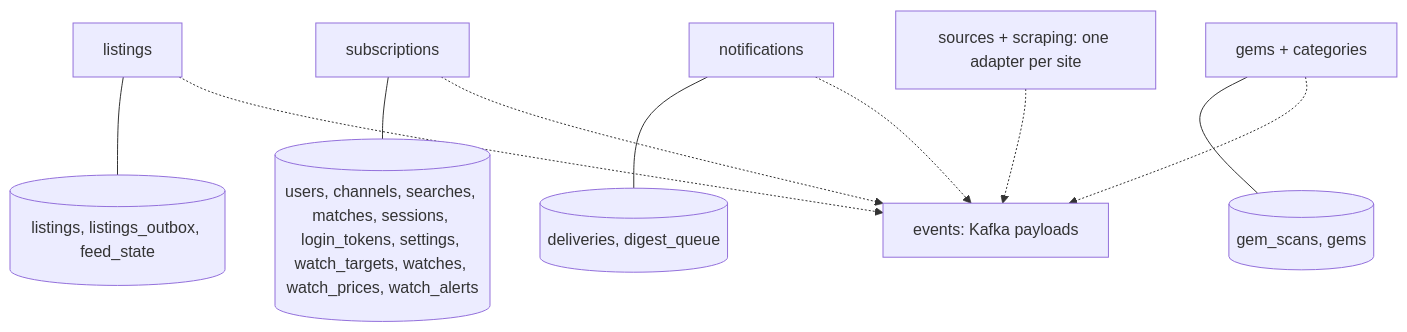
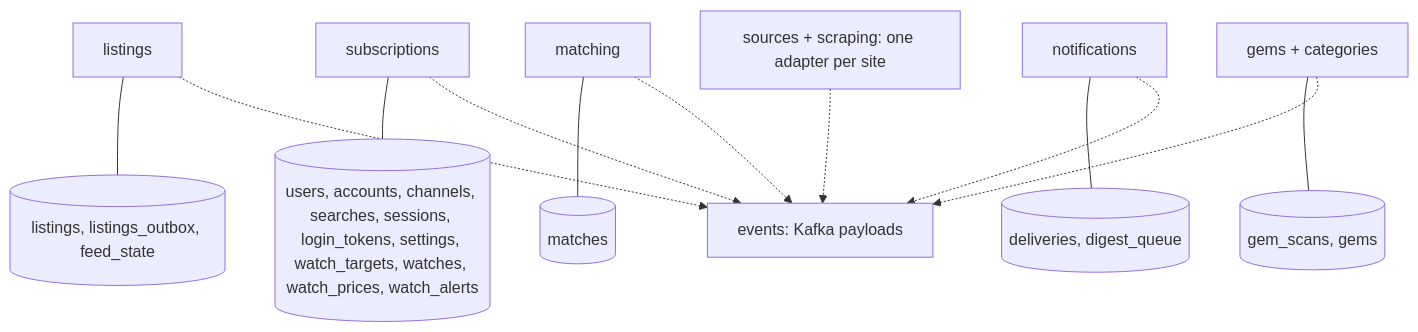
The fourth of 6 diagrams in docs/architecture.md (A1nar-S/ad-monitor), drawn with Mermaid before and after one commit. The commit also changed other lines of this file and 69 other files, not shown here.

````diff
--- a/docs/architecture.md
+++ b/docs/architecture.md
@@ -98,11 +107,12 @@
 ```mermaid
 flowchart TB
     events[events: Kafka payloads]
     listings[listings] --- t1[(listings, listings_outbox, feed_state)]
-    subs[subscriptions] --- t2[(users, channels, searches, matches, sessions, login_tokens, settings, watch_targets, watches, watch_prices, watch_alerts)]
+    subs[subscriptions] --- t2[(users, accounts, channels, searches, sessions, login_tokens, settings, watch_targets, watches, watch_prices, watch_alerts)]
+    match[matching] --- t5[(matches)]
     notif[notifications] --- t3[(deliveries, digest_queue)]
     gemsl[gems + categories] --- t4[(gem_scans, gems)]
     scraping[sources + scraping: one adapter per site]
 
-    listings & subs & notif & gemsl & scraping -.-> events
+    listings & subs & match & notif & gemsl & scraping -.-> events
 ```
````
